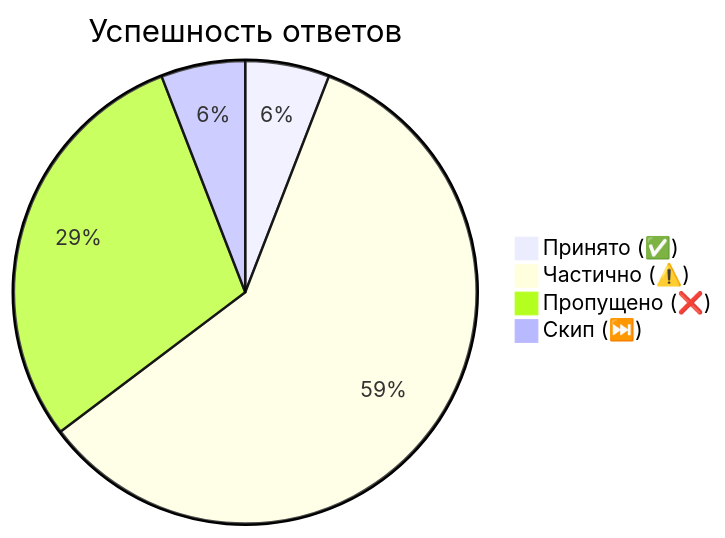
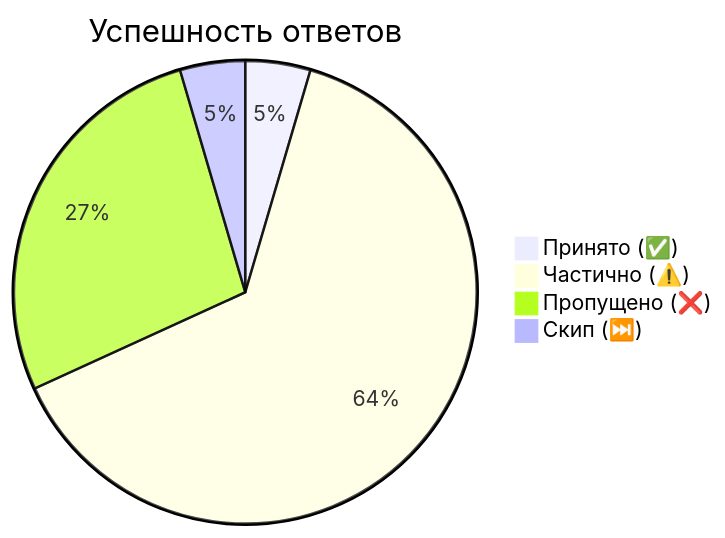
The diagram in Classic Machine Learning/📊 Аналитика/📈 Дашборд.md (loymeding/ml-interview-vault), drawn with Mermaid before and after one commit. The commit also changed other lines of this file and 27 other files, not shown here.

````diff
--- a/Classic Machine Learning/📊 Аналитика/📈 Дашборд.md
+++ b/Classic Machine Learning/📊 Аналитика/📈 Дашборд.md
@@ -17,7 +17,7 @@
 ```mermaid
 pie title Успешность ответов
     "Принято (✅)" : 1
-    "Частично (⚠️)" : 10
-    "Пропущено (❌)" : 5
+    "Частично (⚠️)" : 14
+    "Пропущено (❌)" : 6
     "Скип (⏭️)" : 1
 ```
````
